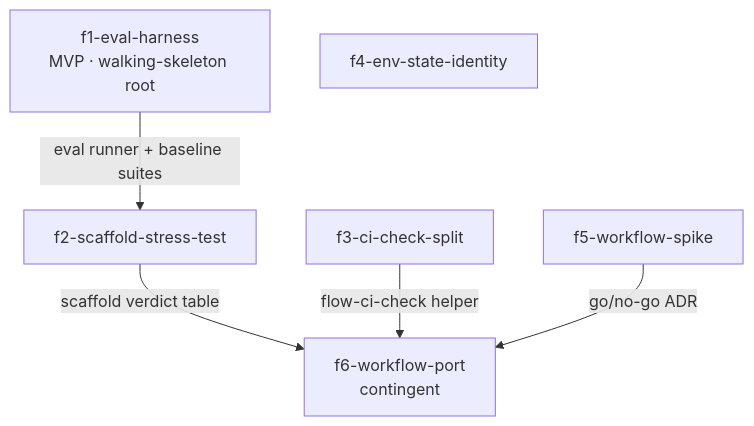
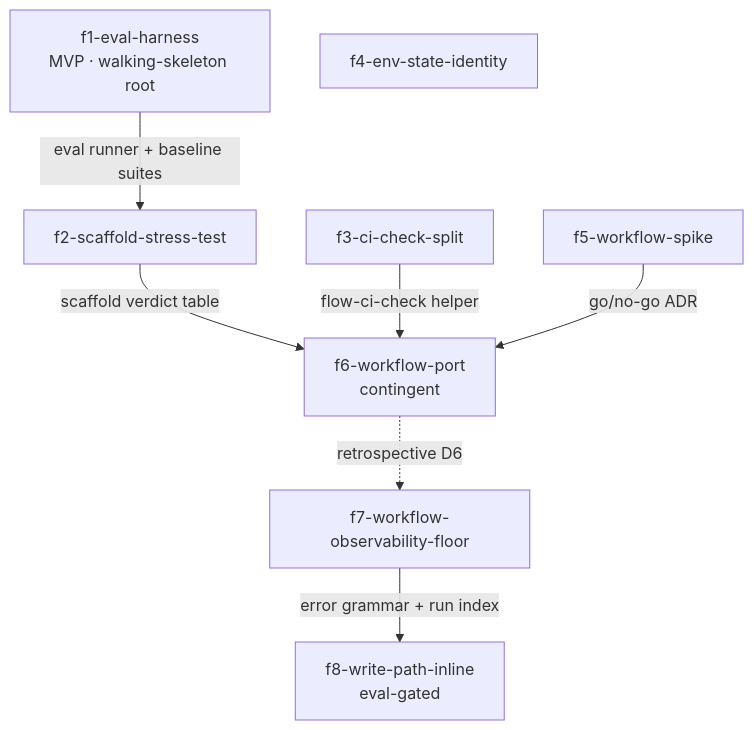
The diagram in .flow/epics/modernize-flow-s-supervisor-architecture/design.md (gavingolden/flow), drawn with Mermaid before and after one commit. The commit also changed other lines of this file and 3 other files, not shown here.

First line of the commit message:
docs(epic): add f7/f8 to modernize-flow-s-supervisor-architecture (D6) (#804)

````diff
--- a/.flow/epics/modernize-flow-s-supervisor-architecture/design.md
+++ b/.flow/epics/modernize-flow-s-supervisor-architecture/design.md
@@ -243,13 +302,17 @@
 ```mermaid
 graph TD
   f1[f1-eval-harness<br/>MVP · walking-skeleton root]
   f2[f2-scaffold-stress-test]
   f3[f3-ci-check-split]
   f4[f4-env-state-identity]
   f5[f5-workflow-spike]
   f6[f6-workflow-port<br/>contingent]
   f1 -->|eval runner + baseline suites| f2
   f2 -->|scaffold verdict table| f6
   f3 -->|flow-ci-check helper| f6
   f5 -->|go/no-go ADR| f6
+  f7[f7-workflow-observability-floor]
+  f8[f8-write-path-inline<br/>eval-gated]
+  f6 -.->|retrospective D6| f7
+  f7 -->|error grammar + run index| f8
 ```
````
